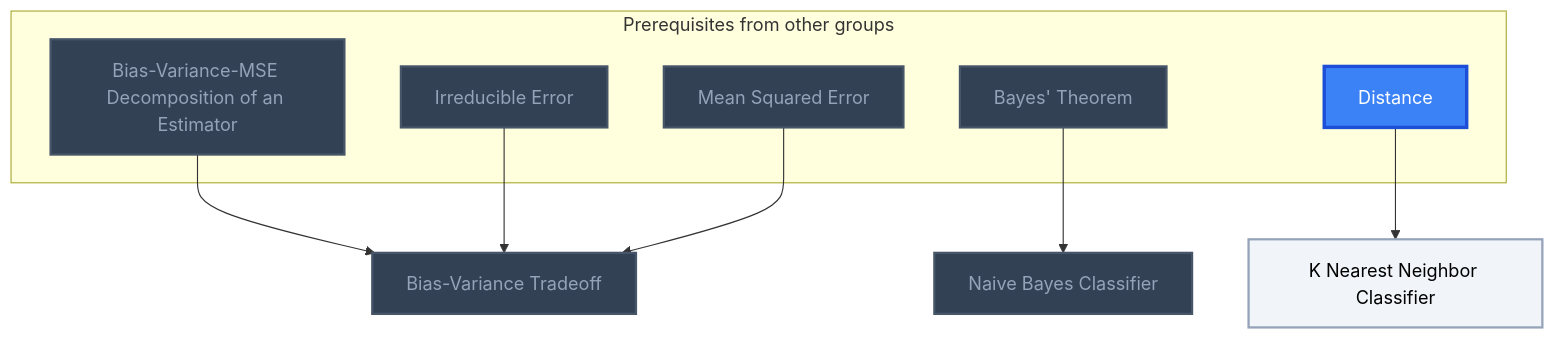
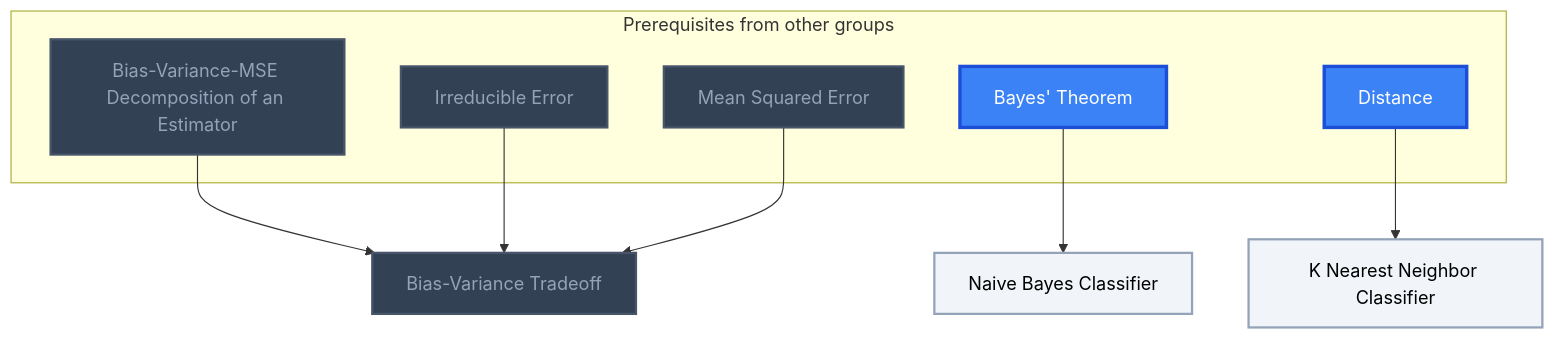
Before and after one commit to MRauf1/My-Notes: the second of 4 diagrams in Gamification/Skill Trees/Statistical Learning.md, drawn with Mermaid. The commit also changed other lines of this file and 145 other files, not shown here.

````diff
--- a/Gamification/Skill Trees/Statistical Learning.md
+++ b/Gamification/Skill Trees/Statistical Learning.md
@@ -78,31 +78,31 @@
 ```mermaid
 flowchart TD
     classDef planned fill:#1E293B,stroke:#64748B,stroke-width:2px,stroke-dasharray:5 5,color:#94A3B8;
     classDef locked fill:#334155,stroke:#475569,stroke-width:2px,color:#94A3B8;
     classDef L0 fill:#F1F5F9,stroke:#94A3B8,stroke-width:2px,color:#000000;
     classDef L1 fill:#22C55E,stroke:#15803D,stroke-width:2px,color:#000000;
     classDef L2 fill:#3B82F6,stroke:#1D4ED8,stroke-width:3px,color:#FFFFFF;
     classDef L3 fill:#A855F7,stroke:#6B21A8,stroke-width:3px,color:#FFFFFF,font-weight:bold;
     classDef L4 fill:#F97316,stroke:#C2410C,stroke-width:4px,color:#000000,font-weight:bold;
     classDef L5 fill:#FFD700,stroke:#FF8C00,stroke-width:5px,color:#000000,font-weight:bold;
     classDef rusty stroke:#8B4513,stroke-width:4px,stroke-dasharray:3 3;
     subgraph sg_prereqs["Prerequisites from other groups"]
         n_bias_variance_mse_decomposition_of_an_estimator["Bias-Variance-MSE Decomposition of an Estimator"]
         n_irreducible_error["Irreducible Error"]
         n_mean_squared_error["Mean Squared Error"]
         n_bayes_theorem["Bayes' Theorem"]
         n_distance["Distance"]
     end
     n_bias_variance_tradeoff["Bias-Variance Tradeoff"]
     n_naive_bayes_classifier["Naive Bayes Classifier"]
     n_k_nearest_neighbor_classifier["K Nearest Neighbor Classifier"]
     n_bias_variance_mse_decomposition_of_an_estimator --> n_bias_variance_tradeoff
     n_irreducible_error --> n_bias_variance_tradeoff
     n_mean_squared_error --> n_bias_variance_tradeoff
     n_bayes_theorem --> n_naive_bayes_classifier
     n_distance --> n_k_nearest_neighbor_classifier
-    class n_bias_variance_mse_decomposition_of_an_estimator,n_irreducible_error,n_mean_squared_error,n_bayes_theorem,n_bias_variance_tradeoff,n_naive_bayes_classifier locked;
-    class n_k_nearest_neighbor_classifier L0;
-    class n_distance L2;
+    class n_bias_variance_mse_decomposition_of_an_estimator,n_irreducible_error,n_mean_squared_error,n_bias_variance_tradeoff locked;
+    class n_naive_bayes_classifier,n_k_nearest_neighbor_classifier L0;
+    class n_bayes_theorem,n_distance L2;
     class n_bias_variance_mse_decomposition_of_an_estimator,n_irreducible_error,n_mean_squared_error,n_bayes_theorem,n_distance,n_bias_variance_tradeoff,n_naive_bayes_classifier,n_k_nearest_neighbor_classifier internal-link;
 ```
````
